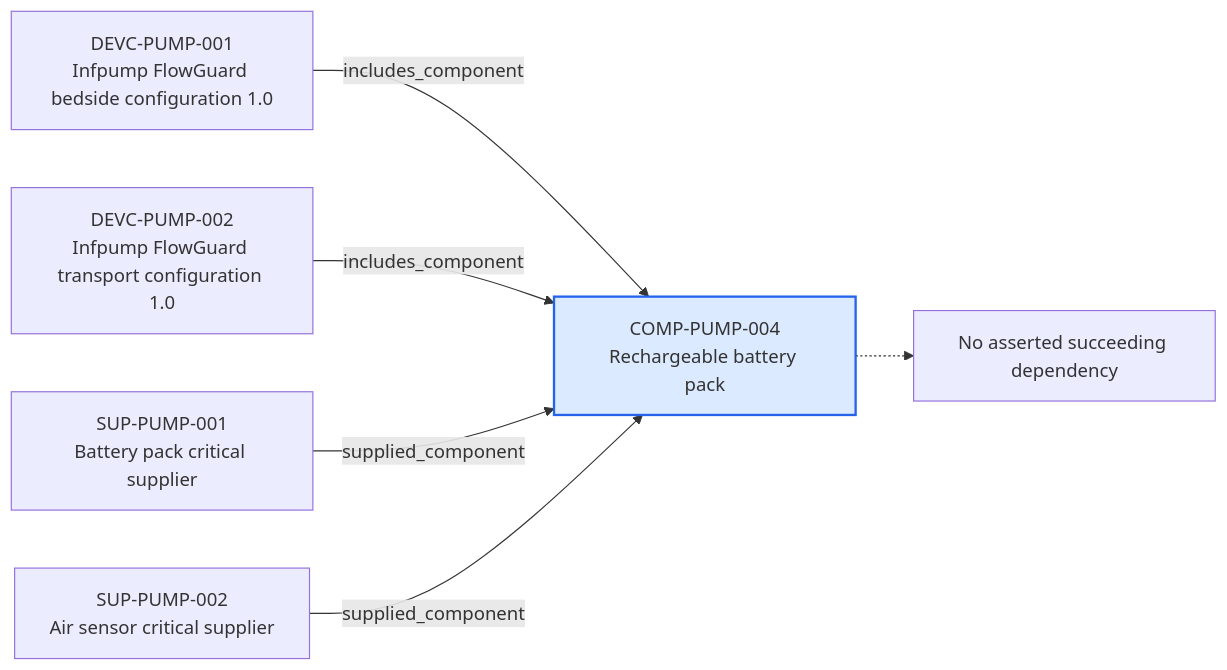
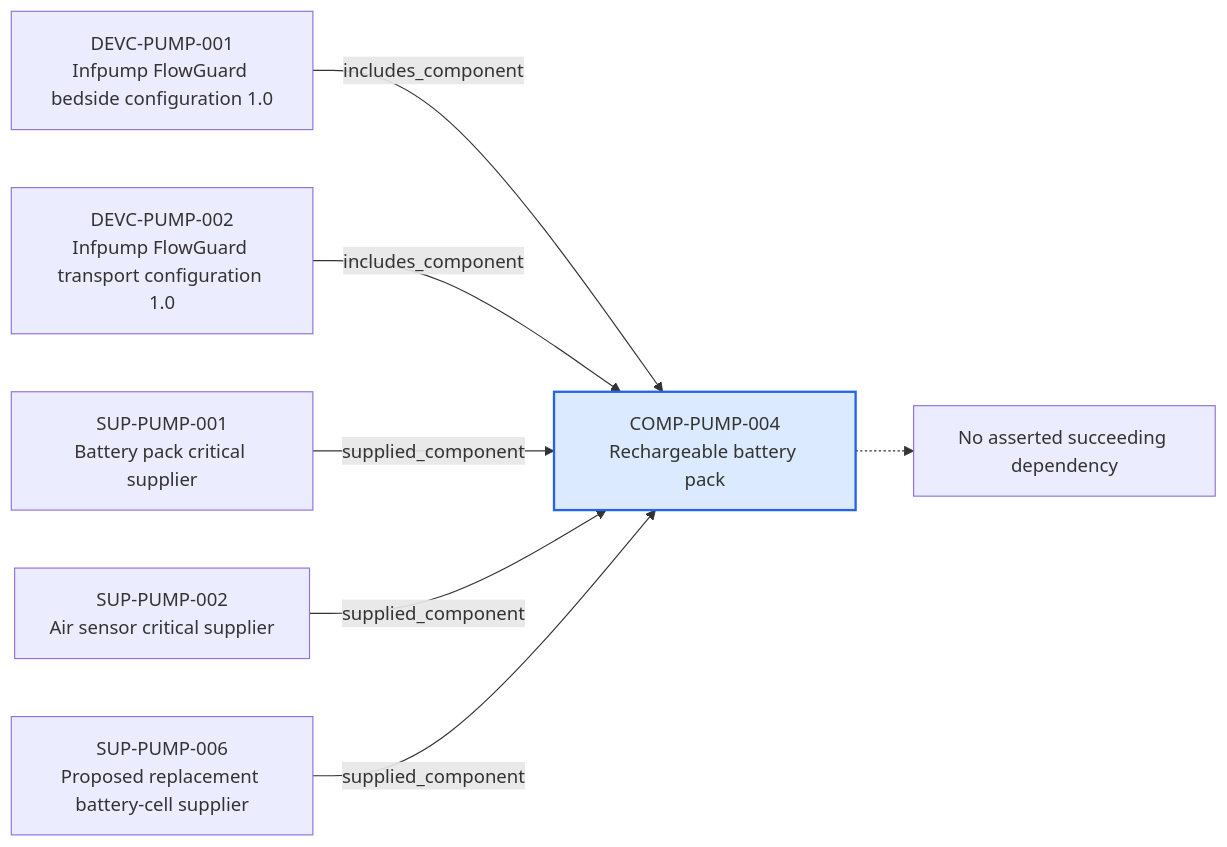
The diagram in content/06-Infpump FlowGuard ontology notes/component/COMP-PUMP-004-rechargeable-battery-pack.md (mvattulainen/mdrontology), drawn with Mermaid before and after one commit. The commit also changed other lines of this file and 14 other files, not shown here.

````diff
--- a/content/06-Infpump FlowGuard ontology notes/component/COMP-PUMP-004-rechargeable-battery-pack.md
+++ b/content/06-Infpump FlowGuard ontology notes/component/COMP-PUMP-004-rechargeable-battery-pack.md
@@ -69,16 +69,18 @@
 ```mermaid
 flowchart LR
   CURRENT["COMP-PUMP-004<br/>Rechargeable battery pack"]
   PREV0["DEVC-PUMP-001<br/>Infpump FlowGuard bedside configuration 1.0"]
   PREV0 -->|"includes_component"| CURRENT
   PREV1["DEVC-PUMP-002<br/>Infpump FlowGuard transport configuration 1.0"]
   PREV1 -->|"includes_component"| CURRENT
   PREV2["SUP-PUMP-001<br/>Battery pack critical supplier"]
   PREV2 -->|"supplied_component"| CURRENT
   PREV3["SUP-PUMP-002<br/>Air sensor critical supplier"]
   PREV3 -->|"supplied_component"| CURRENT
+  PREV4["SUP-PUMP-006<br/>Proposed replacement battery-cell supplier"]
+  PREV4 -->|"supplied_component"| CURRENT
   NEXT_NONE["No asserted succeeding dependency"]
   CURRENT -.-> NEXT_NONE
   classDef current fill:#dbeafe,stroke:#2563eb,stroke-width:2px
   class CURRENT current
 ```
````
